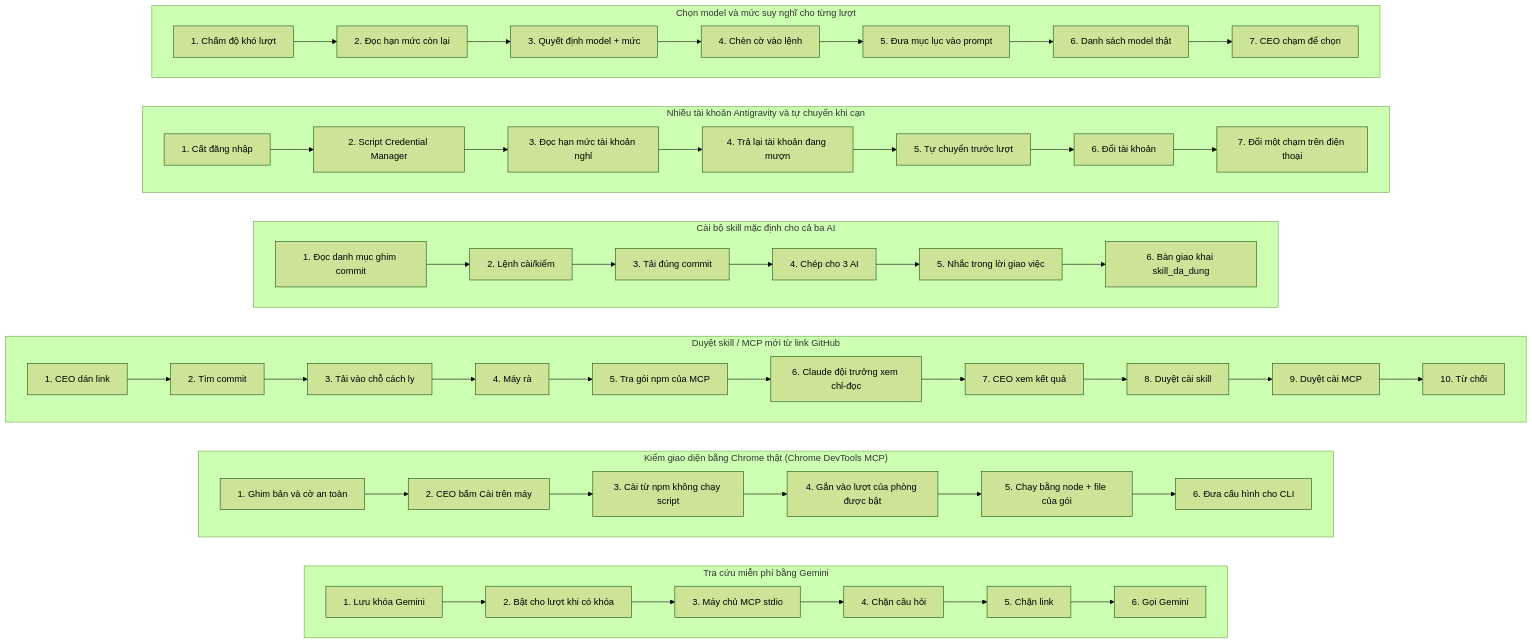
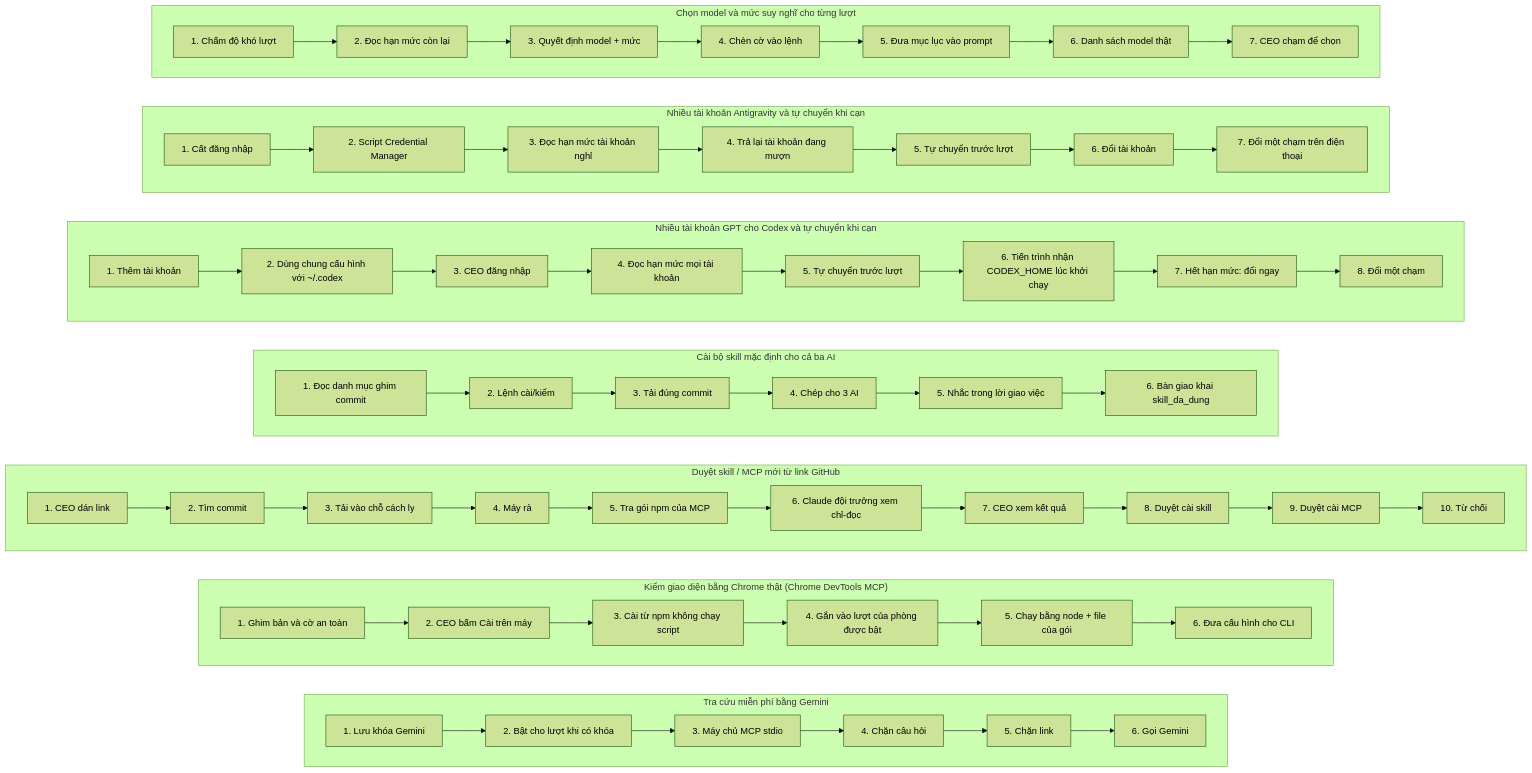
Before and after one commit to Thequancute215-sys/V-n-ph-ng-ch-nh-ph-: the eighth of 11 diagrams in docs/BAN-DO-HE-THONG.md, drawn with Mermaid (forest theme). The commit also changed other lines of this file and 6 other files, not shown here.

First line of the commit message:
Bản đồ: thêm tài khoản GPT cho Codex (PR #59) sau khi gộp main

```diff
--- a/docs/BAN-DO-HE-THONG.md
+++ b/docs/BAN-DO-HE-THONG.md
@@ -1155,6 +1156,24 @@
     step_doi_tai_khoan_agy_truoc_chay --> step_doi_tai_khoan_agy_tu_chuyen
     step_doi_tai_khoan_agy_tu_chuyen --> step_doi_tai_khoan_agy_doi
     step_doi_tai_khoan_agy_doi --> step_doi_tai_khoan_agy_mot_cham
+  end
+  subgraph flow_doi_tai_khoan_gpt["Nhiều tài khoản GPT cho Codex và tự chuyển khi cạn"]
+    direction LR
+    step_doi_tai_khoan_gpt_them["1. Thêm tài khoản"]
+    step_doi_tai_khoan_gpt_dong_bo["2. Dùng chung cấu hình với ~/.codex"]
+    step_doi_tai_khoan_gpt_dang_nhap["3. CEO đăng nhập"]
+    step_doi_tai_khoan_gpt_doc_han_muc["4. Đọc hạn mức mọi tài khoản"]
+    step_doi_tai_khoan_gpt_truoc_luot["5. Tự chuyển trước lượt"]
+    step_doi_tai_khoan_gpt_env["6. Tiến trình nhận CODEX_HOME lúc khởi chạy"]
+    step_doi_tai_khoan_gpt_het_han_muc["7. Hết hạn mức: đổi ngay"]
+    step_doi_tai_khoan_gpt_mot_cham["8. Đổi một chạm"]
+    step_doi_tai_khoan_gpt_them --> step_doi_tai_khoan_gpt_dong_bo
+    step_doi_tai_khoan_gpt_dong_bo --> step_doi_tai_khoan_gpt_dang_nhap
+    step_doi_tai_khoan_gpt_dang_nhap --> step_doi_tai_khoan_gpt_doc_han_muc
+    step_doi_tai_khoan_gpt_doc_han_muc --> step_doi_tai_khoan_gpt_truoc_luot
+    step_doi_tai_khoan_gpt_truoc_luot --> step_doi_tai_khoan_gpt_env
+    step_doi_tai_khoan_gpt_env --> step_doi_tai_khoan_gpt_het_han_muc
+    step_doi_tai_khoan_gpt_het_han_muc --> step_doi_tai_khoan_gpt_mot_cham
   end
   subgraph flow_bo_skill_mac_dinh["Cài bộ skill mặc định cho cả ba AI"]
     direction LR
@@ -1221,7 +1240,8 @@
     step_tra_cuu_gemini_chan_link --> step_tra_cuu_gemini_goi
   end
   flow_dieu_phoi_model ~~~ flow_doi_tai_khoan_agy
-  flow_doi_tai_khoan_agy ~~~ flow_bo_skill_mac_dinh
+  flow_doi_tai_khoan_agy ~~~ flow_doi_tai_khoan_gpt
+  flow_doi_tai_khoan_gpt ~~~ flow_bo_skill_mac_dinh
   flow_bo_skill_mac_dinh ~~~ flow_duyet_repo_skill
   flow_duyet_repo_skill ~~~ flow_chrome_devtools_mcp
   flow_chrome_devtools_mcp ~~~ flow_tra_cuu_gemini
```
